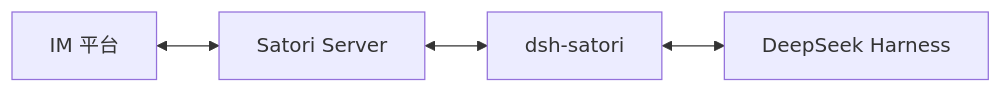
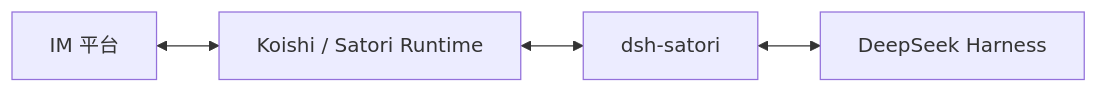
One commit to Ri0n72Y/dsh-satori changed the diagram in README-zh.md. Above: the diagram before and after it, drawn with Mermaid. The commit also changed other lines of this file and 4 other files, not shown here.

Commit message:
docs: clarify Koishi Satori setup and test status

````diff
--- a/README-zh.md
+++ b/README-zh.md
@@ -11,6 +11,6 @@
 ```mermaid
 flowchart LR
-    IM[IM 平台] <--> Satori[Satori Server]
-    Satori <--> Plugin[dsh-satori]
+    IM[IM 平台] <--> KS[Koishi / Satori Runtime]
+    KS <--> Plugin[dsh-satori]
     Plugin <--> DSH[DeepSeek Harness]
 ```
````
